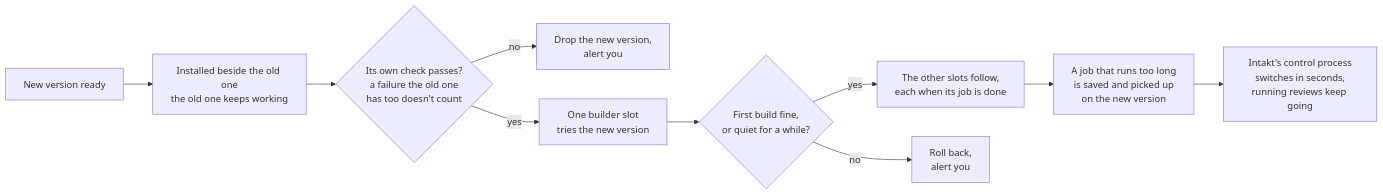
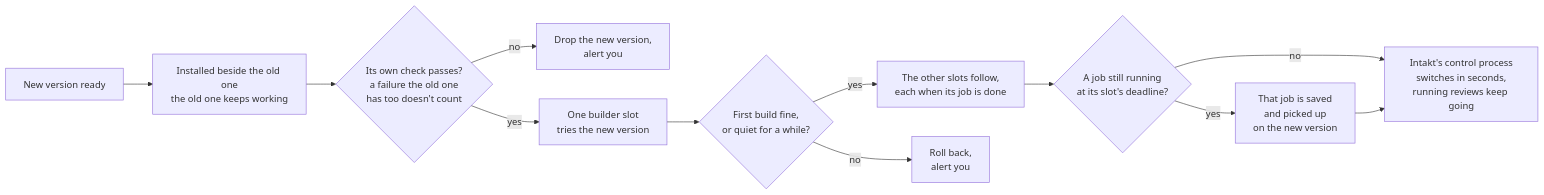
Before and after one commit to shinyredapples/intakt: the fourth of 4 diagrams in docs/guide/the-engine-room.md, drawn with Mermaid. The commit also changed 3 other files, not shown here.

````diff
--- a/docs/guide/the-engine-room.md
+++ b/docs/guide/the-engine-room.md
@@ -118,12 +118,14 @@
 ```mermaid
 flowchart LR
   a[New version ready] --> b[Installed beside the old one<br/>the old one keeps working]
   b --> c{Its own check passes?<br/>a failure the old one<br/>has too doesn't count}
   c -- no --> g[Drop the new version,<br/>alert you]
   c -- yes --> d[One builder slot<br/>tries the new version]
   d --> e{First build fine,<br/>or quiet for a while?}
   e -- yes --> f[The other slots follow,<br/>each when its job is done]
   e -- no --> h[Roll back,<br/>alert you]
-  f --> i[A job that runs too long<br/>is saved and picked up<br/>on the new version]
-  i --> j[Intakt's control process<br/>switches in seconds,<br/>running reviews keep going]
+  f --> k{A job still running<br/>at its slot's deadline?}
+  k -- yes --> i[That job is saved<br/>and picked up<br/>on the new version]
+  k -- no --> j[Intakt's control process<br/>switches in seconds,<br/>running reviews keep going]
+  i --> j
 ```
````
